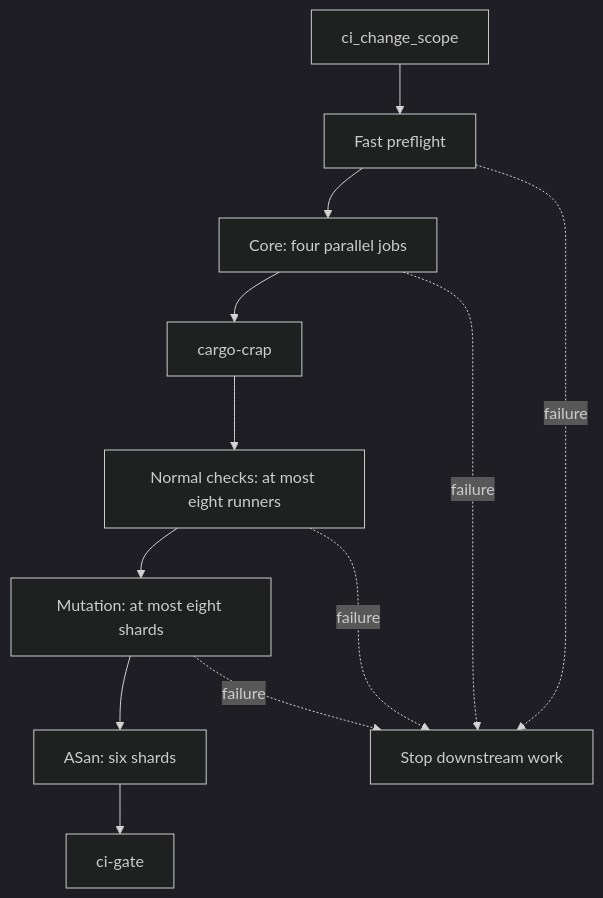
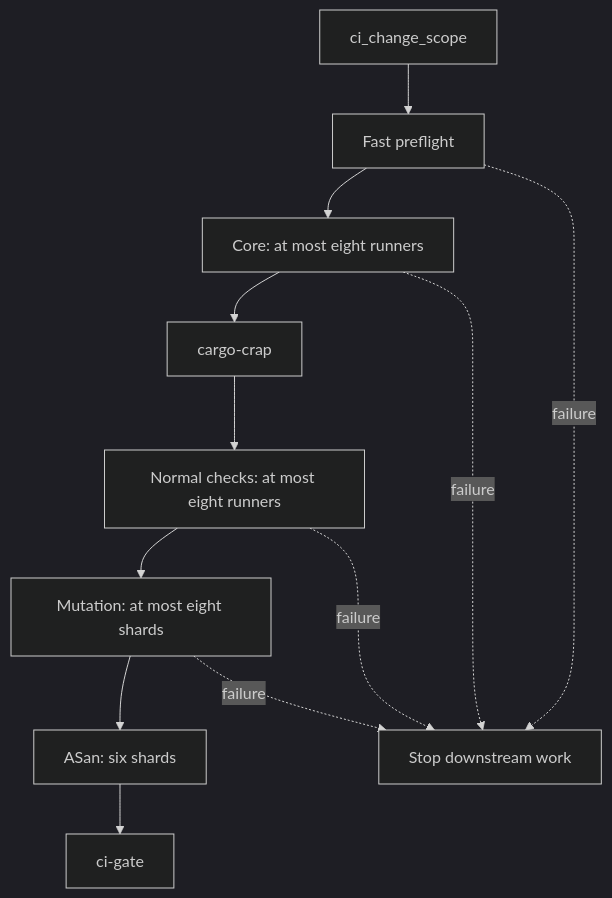
One commit to arceushui/pigloros changed the fourth of 14 diagrams in CONTRIBUTING.md. Above: the diagram before and after it, drawn with Mermaid (dark theme). The commit also changed other lines of this file and 1 other file, not shown here.

````diff
--- a/CONTRIBUTING.md
+++ b/CONTRIBUTING.md
@@ -144,14 +144,14 @@
 ```mermaid
 flowchart TD
     S["ci_change_scope"] --> P["Fast preflight"]
-    P --> C["Core: four parallel jobs"]
+    P --> C["Core: at most eight runners"]
     C --> R["cargo-crap"]
     R --> N["Normal checks: at most eight runners"]
     N --> M["Mutation: at most eight shards"]
     M --> A["ASan: six shards"]
     A --> G["ci-gate"]
     P -. "failure" .-> X["Stop downstream work"]
     C -. "failure" .-> X
     N -. "failure" .-> X
     M -. "failure" .-> X
 ```
````
